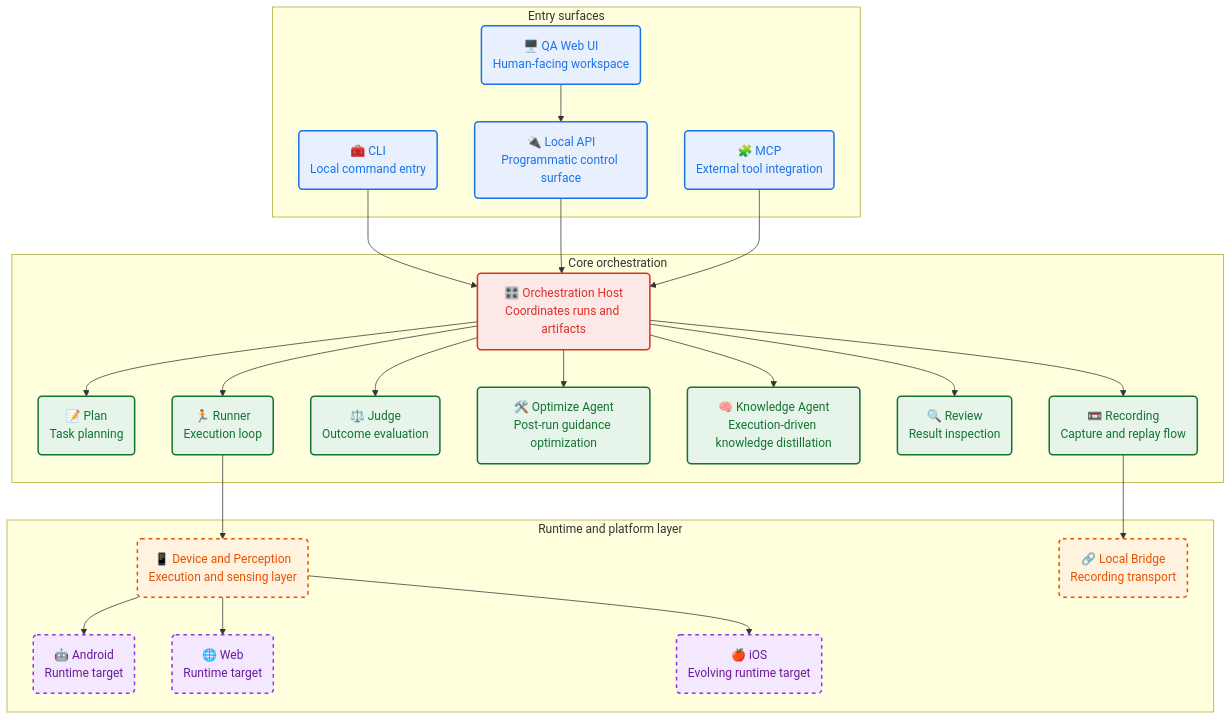
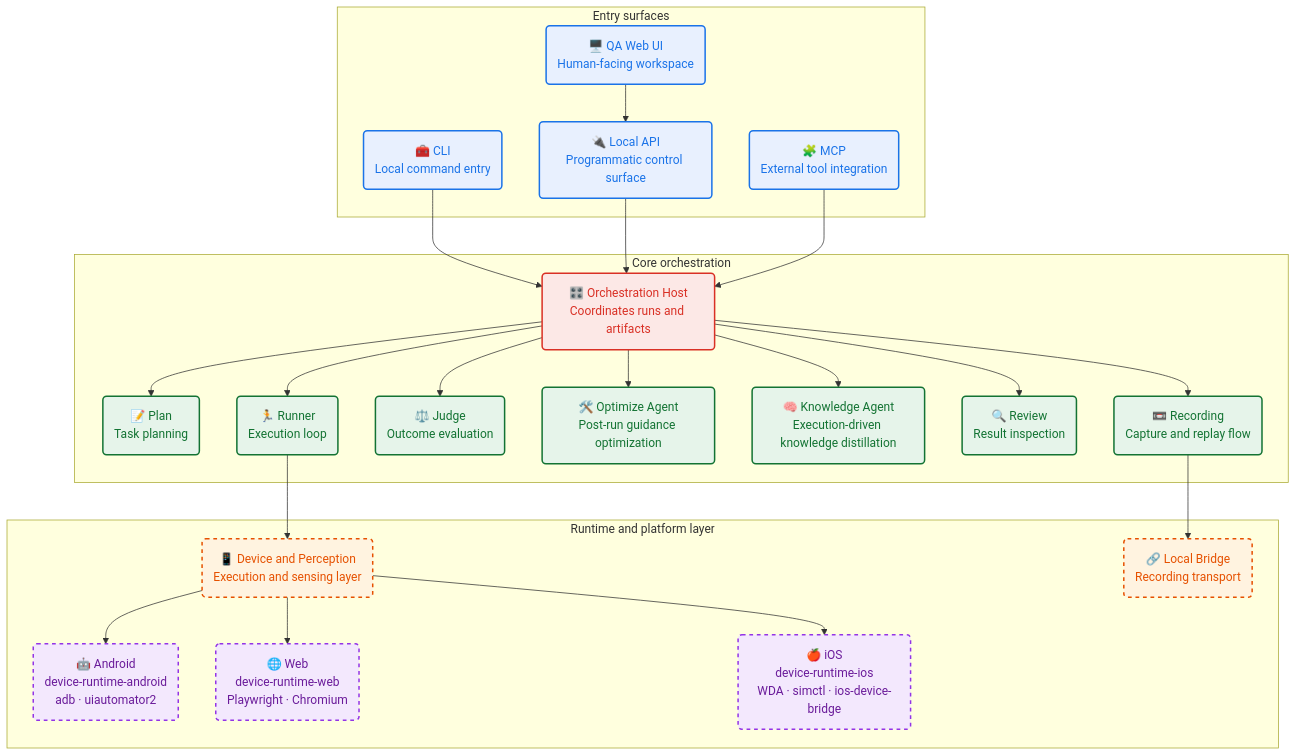
One commit to chaxiu/munk-ai changed the third of 3 diagrams in README.md. Above: the diagram before and after it, drawn with Mermaid. The commit also changed other lines of this file and 464 other files, not shown here.

````diff
--- a/README.md
+++ b/README.md
@@ -154,76 +154,76 @@
 ```mermaid
 flowchart TD
     classDef entry fill:#E8F0FE,stroke:#1A73E8,stroke-width:2px,color:#1A73E8;
     classDef host fill:#FCE8E6,stroke:#D93025,stroke-width:2px,color:#D93025;
     classDef workflow fill:#E6F4EA,stroke:#137333,stroke-width:2px,color:#137333;
     classDef infra fill:#FFF3E0,stroke:#E65100,stroke-width:2px,color:#E65100,stroke-dasharray: 5 5;
     classDef platform fill:#F3E8FD,stroke:#9334E6,stroke-width:2px,color:#6A1B9A,stroke-dasharray: 5 5;
 
     A(🧰 CLI<br/>Local command entry):::entry
     B(🔌 Local API<br/>Programmatic control surface):::entry
     C(🧩 MCP<br/>External tool integration):::entry
     D(🖥️ QA Web UI<br/>Human-facing workspace):::entry
 
     E(🎛️ Orchestration Host<br/>Coordinates runs and artifacts):::host
 
     P(📝 Plan<br/>Task planning):::workflow
     R(🏃 Runner<br/>Execution loop):::workflow
     J(⚖️ Judge<br/>Outcome evaluation):::workflow
     X(🛠️ Optimize Agent<br/>Post-run guidance optimization):::workflow
     K(🧠 Knowledge Agent<br/>Execution-driven knowledge distillation):::workflow
     V(🔍 Review<br/>Result inspection):::workflow
     O(📼 Recording<br/>Capture and replay flow):::workflow
 
     DP(📱 Device and Perception<br/>Execution and sensing layer):::infra
     L(🔗 Local Bridge<br/>Recording transport):::infra
 
-    AX(🤖 Android<br/>Runtime target):::platform
-    WX(🌐 Web<br/>Runtime target):::platform
-    IX(🍎 iOS<br/>Evolving runtime target):::platform
+    AX(🤖 Android<br/>device-runtime-android<br/>adb · uiautomator2):::platform
+    WX(🌐 Web<br/>device-runtime-web<br/>Playwright · Chromium):::platform
+    IX(🍎 iOS<br/>device-runtime-ios<br/>WDA · simctl · ios-device-bridge):::platform
 
     A --> E
     B --> E
     C --> E
     D --> B
 
     E --> P
     E --> R
     E --> J
     E --> X
     E --> K
     E --> V
     E --> O
 
     R --> DP
     O --> L
 
     DP --> AX
     DP --> WX
     DP --> IX
 
     subgraph Entry surfaces
         A
         B
         C
         D
     end
 
     subgraph Core orchestration
         E
         P
         R
         J
         X
         K
         V
         O
     end
 
     subgraph Runtime and platform layer
         DP
         L
         AX
         WX
         IX
     end
 ```
````
